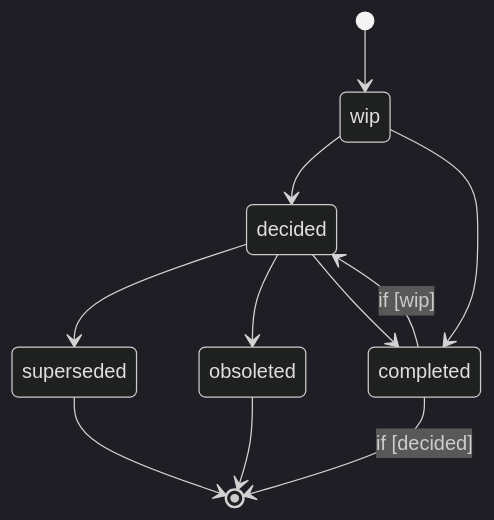
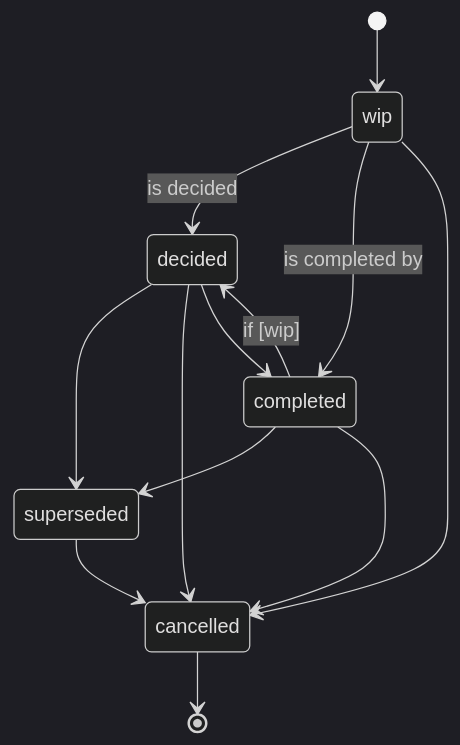
Before and after one commit to omallassi/adrust: the diagram in docs/state-diagram.mermaid, drawn with Mermaid (dark theme). The commit also changed 2 other files, not shown here.

Commit message:
work on #25

```diff
--- a/docs/state-diagram.mermaid
+++ b/docs/state-diagram.mermaid
@@ -1,15 +1,20 @@
 <div class="mermaid">
 stateDiagram
 	[*] --> wip
-	wip --> decided
+	wip --> decided: is decided
     decided --> superseded
-    superseded --> [*]
+    cancelled --> [*]
 
-	decided --> obsoleted
-	obsoleted --> [*]
+	decided --> cancelled
 
-	wip --> completed
+	wip --> completed: is completed by
 	decided --> completed
-    completed --> [*]: if [decided]
 	completed --> decided: if [wip]
+
+	wip --> cancelled
+
+	completed --> superseded
+
+	completed --> cancelled
+	superseded --> cancelled
 </div>
```
